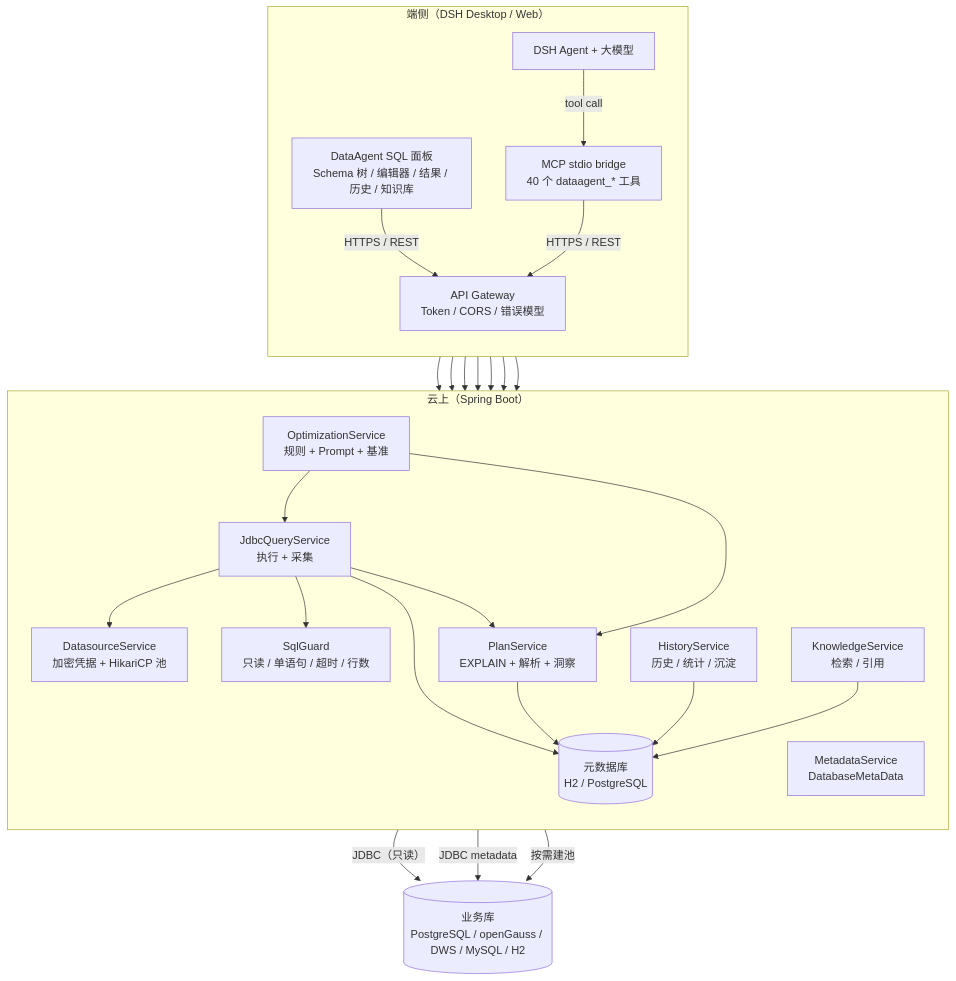
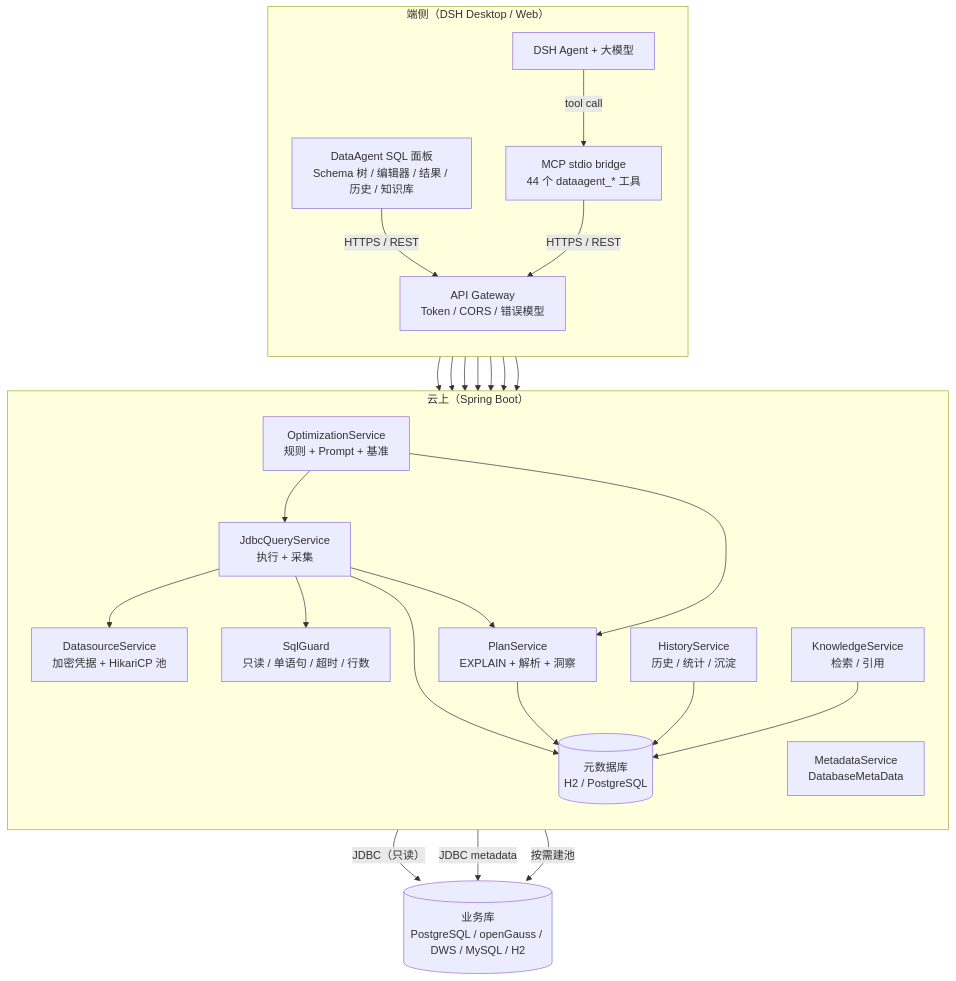
The first of 6 diagrams in docs/ARCHITECTURE.md (whllowp/DataAgent), drawn with Mermaid before and after one commit. The commit also changed other lines of this file and 28 other files, not shown here.

````diff
--- a/docs/ARCHITECTURE.md
+++ b/docs/ARCHITECTURE.md
@@ -25,47 +25,47 @@
 ```mermaid
 flowchart TB
   subgraph Edge["端侧（DSH Desktop / Web）"]
     direction TB
     Panel["DataAgent SQL 面板<br/>Schema 树 / 编辑器 / 结果 / 历史 / 知识库"]
     DSH["DSH Agent + 大模型"]
-    MCP["MCP stdio bridge<br/>40 个 dataagent_* 工具"]
+    MCP["MCP stdio bridge<br/>44 个 dataagent_* 工具"]
     Panel -->|"HTTPS / REST"| Gateway
     DSH -->|"tool call"| MCP
     MCP -->|"HTTPS / REST"| Gateway
   end
 
   subgraph Cloud["云上（Spring Boot）"]
     direction TB
     Gateway["API Gateway<br/>Token / CORS / 错误模型"]
     DS["DatasourceService<br/>加密凭据 + HikariCP 池"]
     Meta["MetadataService<br/>DatabaseMetaData"]
     Guard["SqlGuard<br/>只读 / 单语句 / 超时 / 行数"]
     Exec["JdbcQueryService<br/>执行 + 采集"]
     Plan["PlanService<br/>EXPLAIN + 解析 + 洞察"]
     Hist["HistoryService<br/>历史 / 统计 / 沉淀"]
     KB["KnowledgeService<br/>检索 / 引用"]
     Opt["OptimizationService<br/>规则 + Prompt + 基准"]
     Store[("元数据库<br/>H2 / PostgreSQL")]
     Gateway --> DS
     Gateway --> Meta
     Gateway --> Guard
     Gateway --> Exec
     Gateway --> Hist
     Gateway --> KB
     Gateway --> Opt
     Exec --> Guard
     Exec --> DS
     Exec --> Plan
     Exec --> Store
     Plan --> Store
     Hist --> Store
     KB --> Store
     Opt --> Exec
     Opt --> Plan
   end
 
   DB[("业务库<br/>PostgreSQL / openGauss / DWS / MySQL / H2")]
   Exec -->|"JDBC（只读）"| DB
   Meta -->|"JDBC metadata"| DB
   DS -->|"按需建池"| DB
 ```
````
